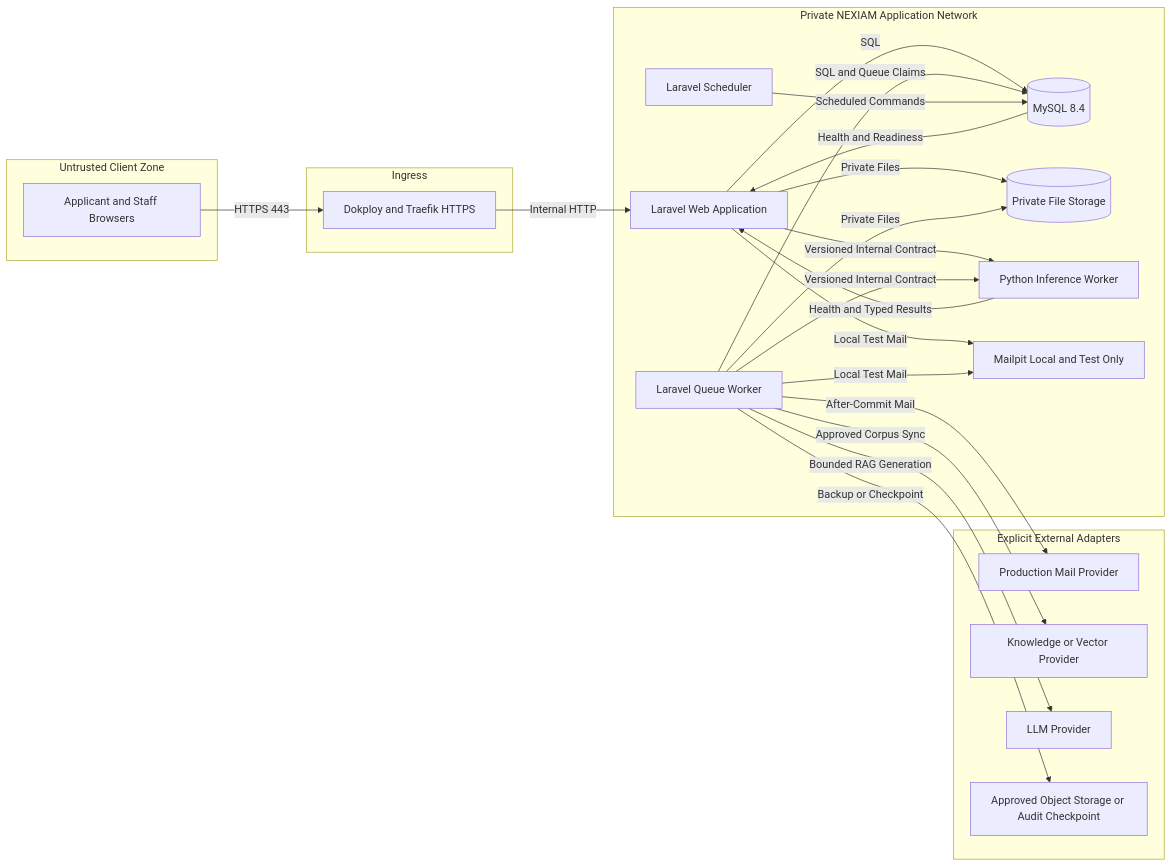
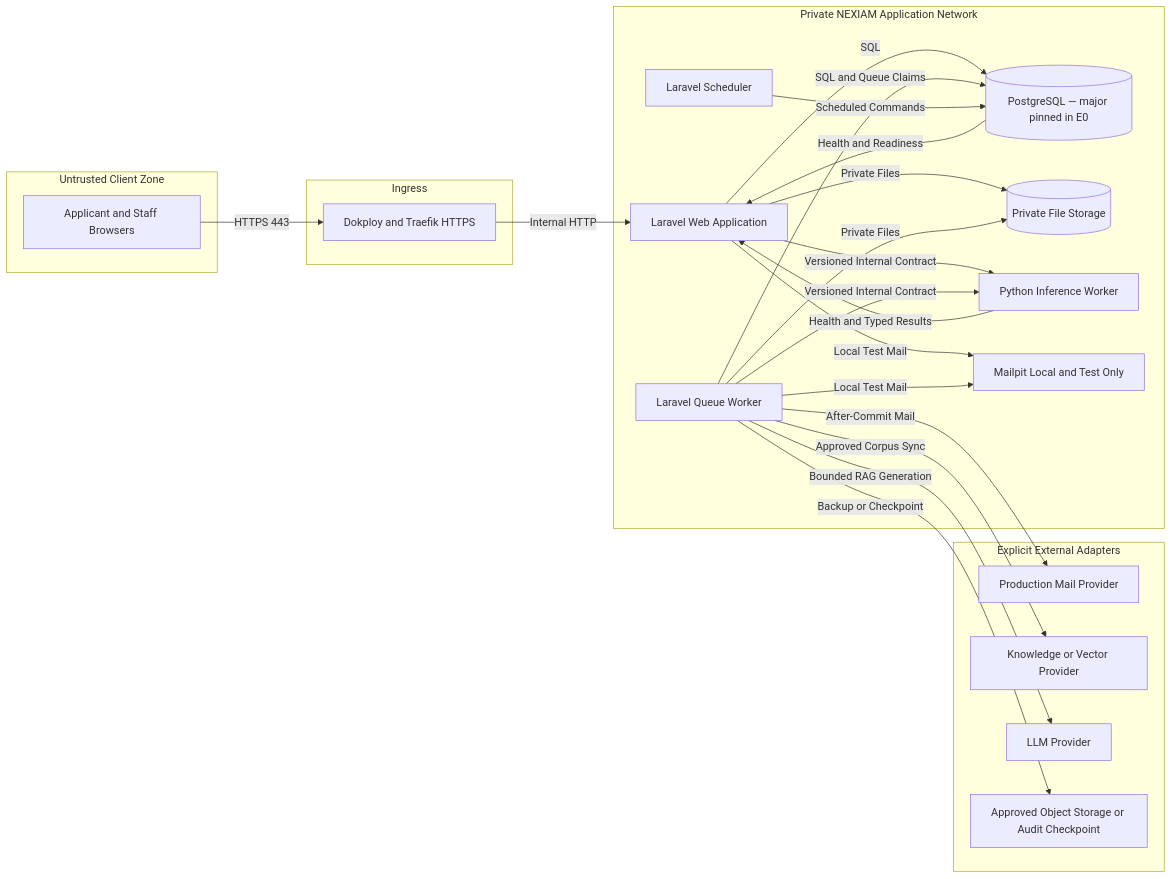
The diagram in docs/greenfield-foundation/assets/proposed-deployment-topology.mmd (daviddatuX25/NEXIAM), drawn with Mermaid before and after one commit. The commit also changed 112 other files, not shown here.

First line of the commit message:
docs: promote greenfield planning baseline (PRD, roadmap, decisions, OpenSpec)

```diff
--- a/docs/greenfield-foundation/assets/proposed-deployment-topology.mmd
+++ b/docs/greenfield-foundation/assets/proposed-deployment-topology.mmd
@@ -1,43 +1,43 @@
 flowchart LR
     subgraph U[Untrusted Client Zone]
         B[Applicant and Staff Browsers]
     end
 
     subgraph I[Ingress]
         T[Dokploy and Traefik HTTPS]
     end
 
     subgraph P[Private NEXIAM Application Network]
         W[Laravel Web Application]
         Q[Laravel Queue Worker]
         S[Laravel Scheduler]
-        DB[(MySQL 8.4)]
+        DB[(PostgreSQL — major pinned in E0)]
         FS[(Private File Storage)]
         PY[Python Inference Worker]
         MP[Mailpit Local and Test Only]
     end
 
     subgraph E[Explicit External Adapters]
         MAIL[Production Mail Provider]
         VEC[Knowledge or Vector Provider]
         LLM[LLM Provider]
         OBJ[Approved Object Storage or Audit Checkpoint]
     end
 
     B -->|HTTPS 443| T
     T -->|Internal HTTP| W
     W -->|SQL| DB
     Q -->|SQL and Queue Claims| DB
     S -->|Scheduled Commands| DB
     W -->|Private Files| FS
     Q -->|Private Files| FS
     W -->|Versioned Internal Contract| PY
     Q -->|Versioned Internal Contract| PY
     W -->|Local Test Mail| MP
     Q -->|Local Test Mail| MP
     Q -->|After-Commit Mail| MAIL
     Q -->|Approved Corpus Sync| VEC
     Q -->|Bounded RAG Generation| LLM
     Q -->|Backup or Checkpoint| OBJ
     DB -->|Health and Readiness| W
     PY -->|Health and Typed Results| W
```
